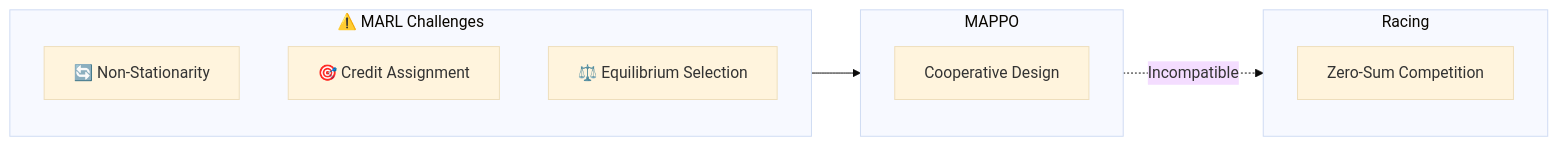
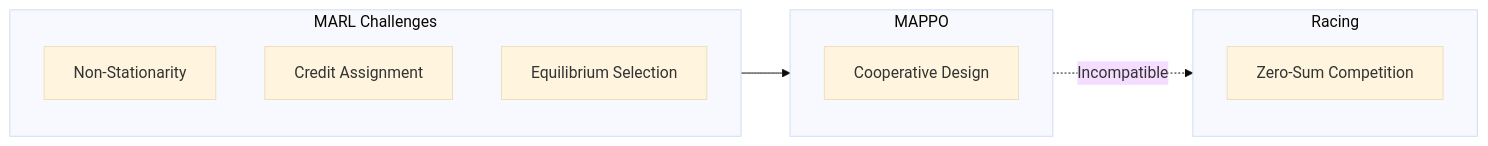
One commit to leesg0107/leesg0107.github.io changed the fourth of 8 diagrams in _posts/project/2025-11-22-agent-mcqueen.md. Above: the diagram before and after it, drawn with Mermaid (base theme). The commit also changed other lines of this file and 77 other files, not shown here.

```diff
--- a/_posts/project/2025-11-22-agent-mcqueen.md
+++ b/_posts/project/2025-11-22-agent-mcqueen.md
@@ -177,19 +172,19 @@
 <div class="mermaid">
 flowchart LR
-    subgraph CHALLENGES["⚠️ MARL Challenges"]
-        NS["🔄 Non-Stationarity"]
-        CA["🎯 Credit Assignment"]
-        EQ["⚖️ Equilibrium Selection"]
+    subgraph CHALLENGES["MARL Challenges"]
+        NS["Non-Stationarity"]
+        CA["Credit Assignment"]
+        EQ["Equilibrium Selection"]
     end
 
     subgraph MAPPO["MAPPO"]
         COOP["Cooperative Design"]
     end
 
     subgraph RACING["Racing"]
         COMP["Zero-Sum Competition"]
     end
 
     CHALLENGES --> MAPPO
     MAPPO -.->|"Incompatible"| RACING
 </div>
```
